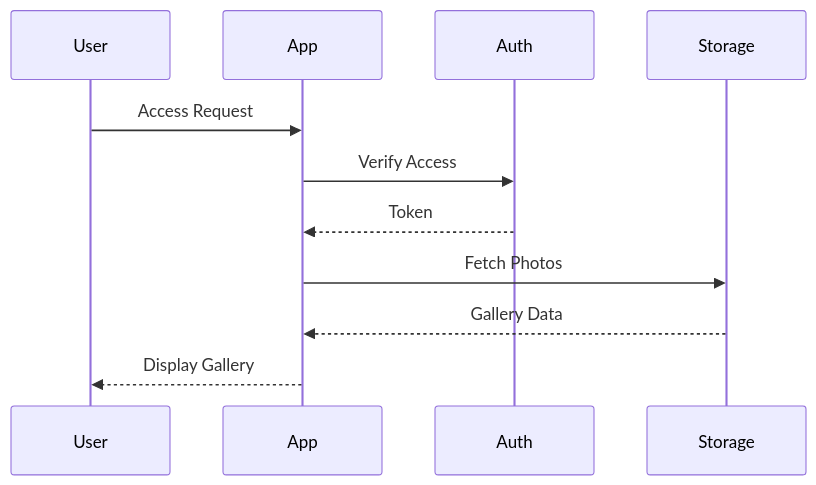
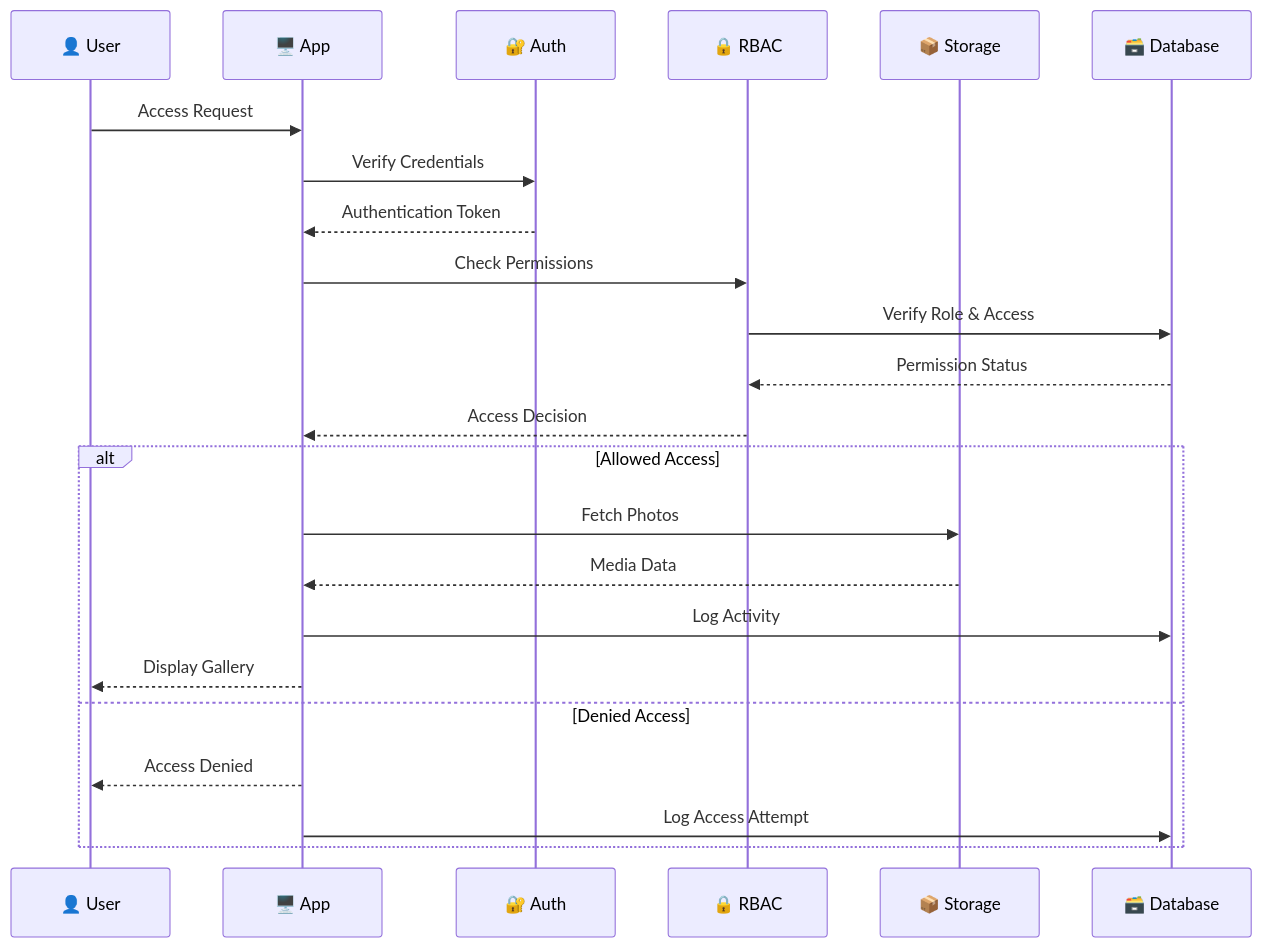
The sixth of 6 diagrams in README.md (mrj0nesmtl/cloud-burst), drawn with Mermaid before and after one commit. The commit also changed other lines of this file and 92 other files, not shown here.

````diff
--- a/README.md
+++ b/README.md
@@ -155,14 +230,27 @@
 ```mermaid
 sequenceDiagram
-    participant User
-    participant App
-    participant Auth
-    participant Storage
+    participant User as 👤 User
+    participant App as 🖥️ App
+    participant Auth as 🔐 Auth
+    participant RBAC as 🔒 RBAC
+    participant Storage as 📦 Storage
+    participant Database as 🗃️ Database
     
     User->>App: Access Request
-    App->>Auth: Verify Access
-    Auth-->>App: Token
-    App->>Storage: Fetch Photos
-    Storage-->>App: Gallery Data
-    App-->>User: Display Gallery
+    App->>Auth: Verify Credentials
+    Auth-->>App: Authentication Token
+    App->>RBAC: Check Permissions
+    RBAC->>Database: Verify Role & Access
+    Database-->>RBAC: Permission Status
+    RBAC-->>App: Access Decision
+    
+    alt Allowed Access
+        App->>Storage: Fetch Photos
+        Storage-->>App: Media Data
+        App->>Database: Log Activity
+        App-->>User: Display Gallery
+    else Denied Access
+        App-->>User: Access Denied
+        App->>Database: Log Access Attempt
+    end
 ```
````
